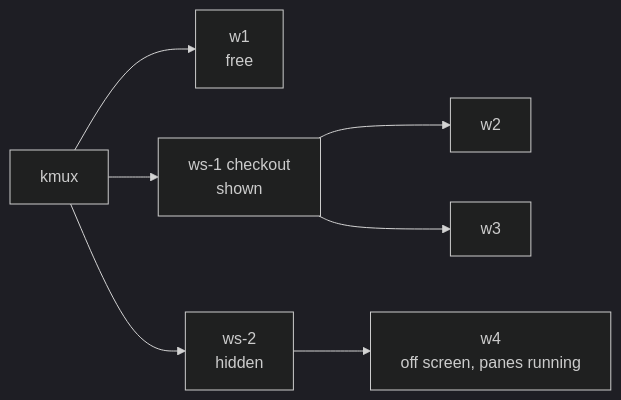
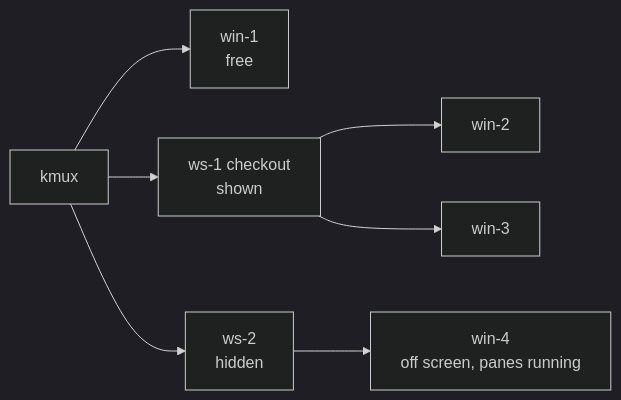
One commit to tampopogk/kmux changed the sixth of 7 diagrams in docs/kmux-spec.md. Above: the diagram before and after it, drawn with Mermaid (dark theme). The commit also changed other lines of this file and 24 other files, not shown here.

````diff
--- a/docs/kmux-spec.md
+++ b/docs/kmux-spec.md
@@ -212,9 +213,9 @@
 ```mermaid
 flowchart LR
-    APP["kmux"] --> F["w1<br/>free"]
+    APP["kmux"] --> F["win-1<br/>free"]
     APP --> S1["ws-1 checkout<br/>shown"]
     APP --> S2["ws-2<br/>hidden"]
-    S1 --> W2["w2"]
-    S1 --> W3["w3"]
-    S2 --> W4["w4<br/>off screen, panes running"]
+    S1 --> W2["win-2"]
+    S1 --> W3["win-3"]
+    S2 --> W4["win-4<br/>off screen, panes running"]
 ```
````
